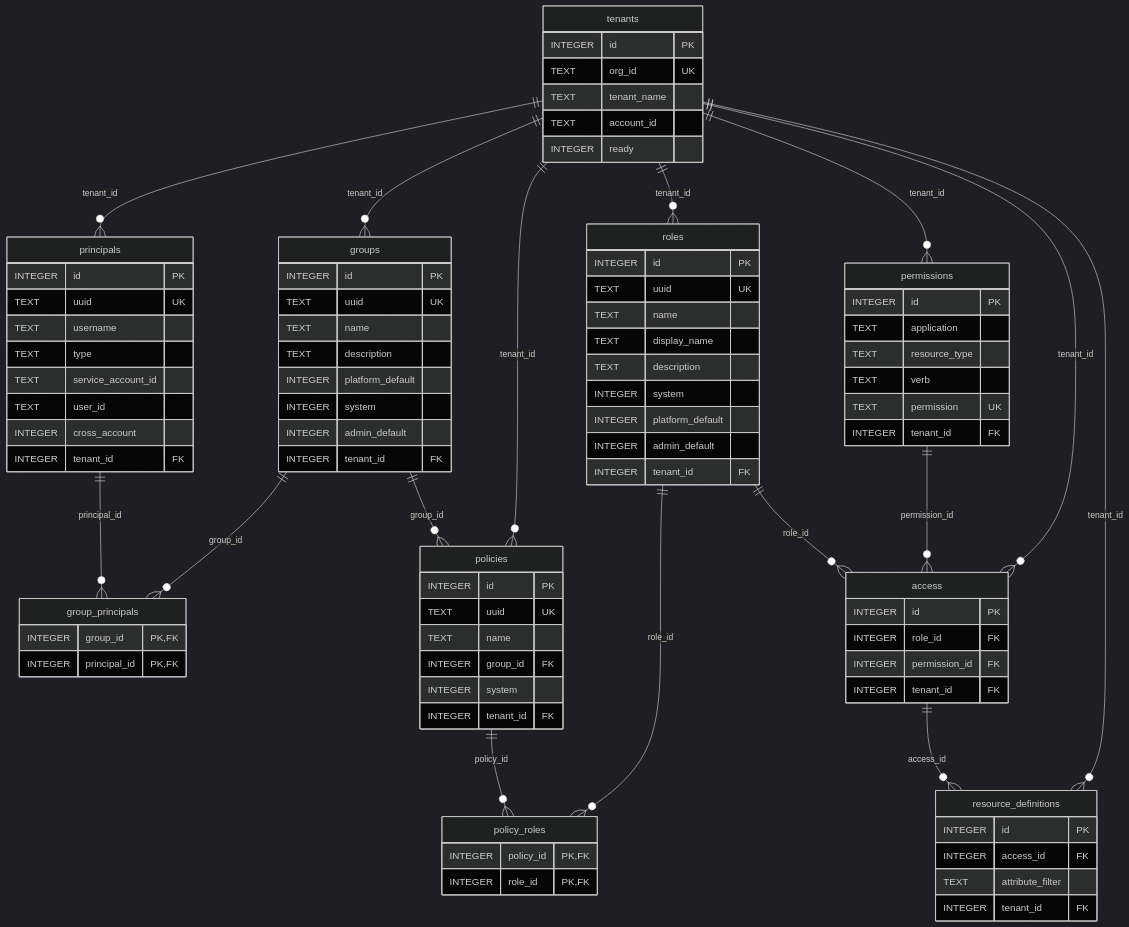
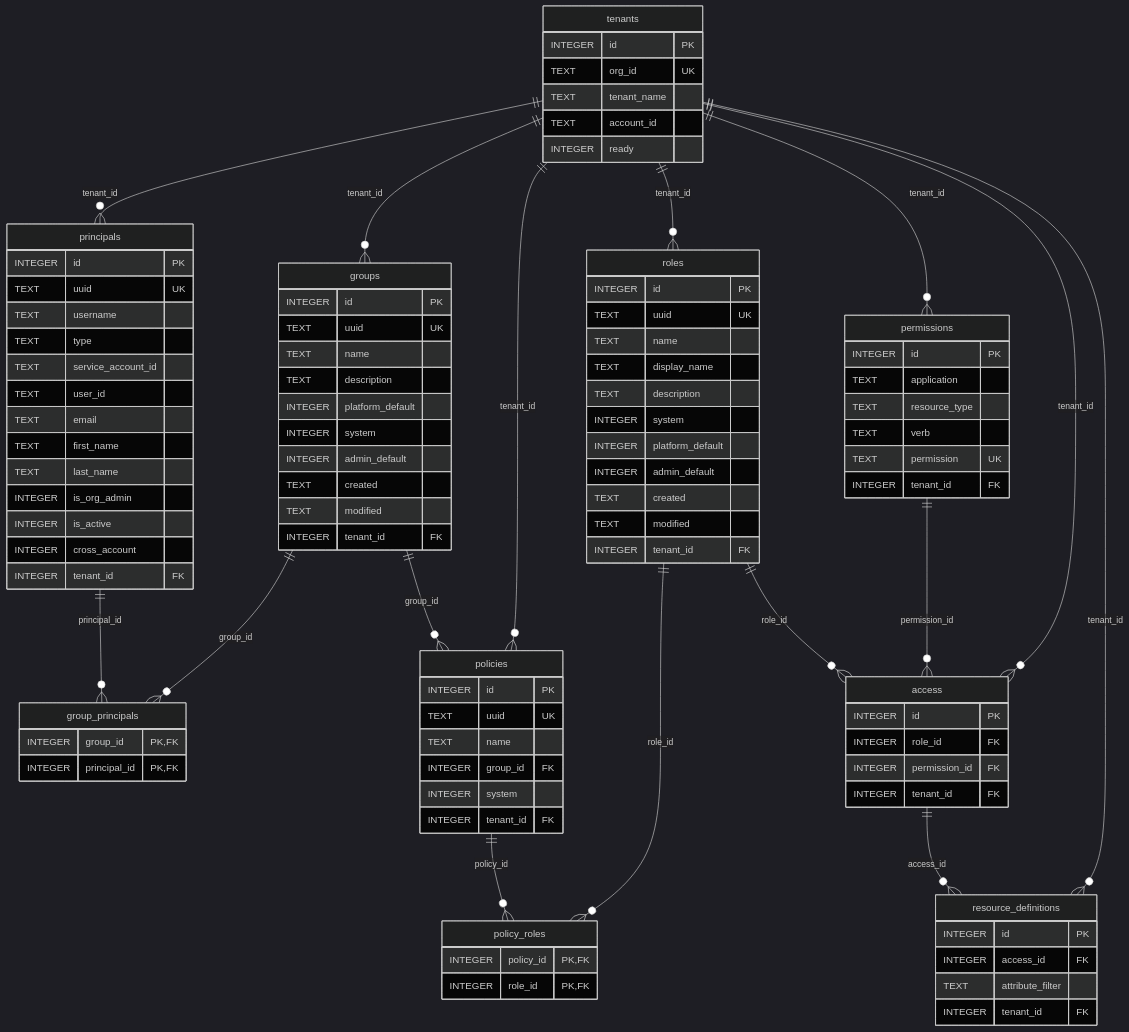
The diagram in doc/ERD.md (martinpovolny/rbac-mini), drawn with Mermaid (dark theme) before and after one commit. The commit also changed 6 other files, not shown here.

First line of the commit message:
docs: sync the v1 contract, ERD and OpenAPI with the UI work

```diff
--- a/doc/ERD.md
+++ b/doc/ERD.md
@@ -35,6 +35,11 @@
         TEXT type
         TEXT service_account_id
         TEXT user_id
+        TEXT email
+        TEXT first_name
+        TEXT last_name
+        INTEGER is_org_admin
+        INTEGER is_active
         INTEGER cross_account
         INTEGER tenant_id FK
     }
@@ -46,6 +51,8 @@
         INTEGER platform_default
         INTEGER system
         INTEGER admin_default
+        TEXT created
+        TEXT modified
         INTEGER tenant_id FK
     }
     group_principals {
@@ -73,6 +80,8 @@
         INTEGER system
         INTEGER platform_default
         INTEGER admin_default
+        TEXT created
+        TEXT modified
         INTEGER tenant_id FK
     }
     permissions {
```
